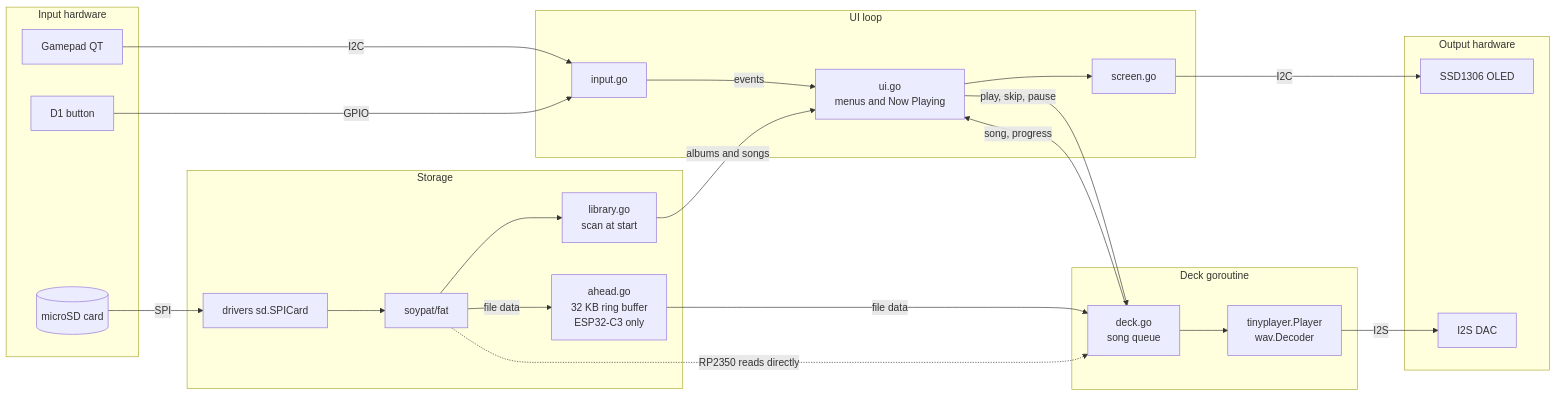
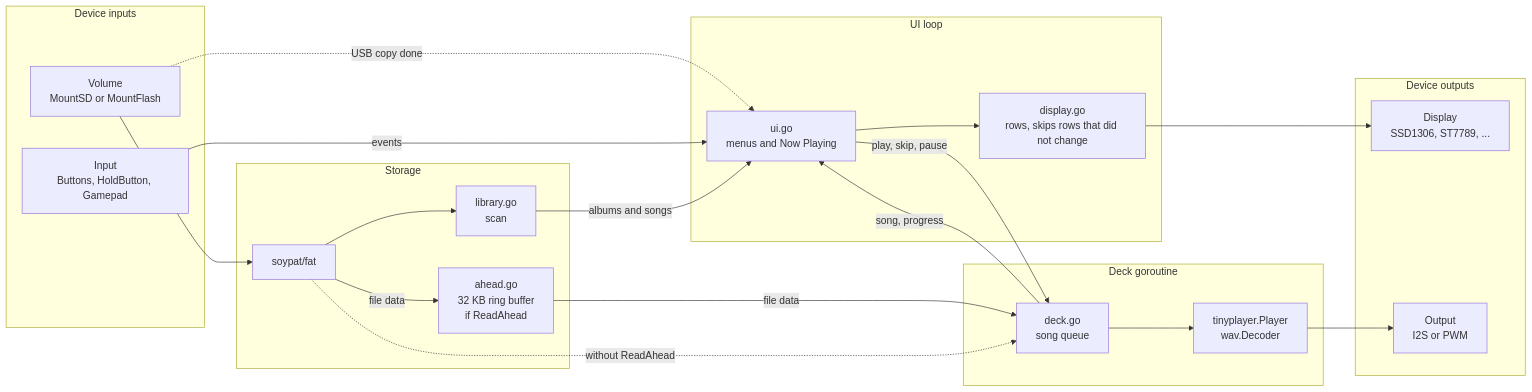
Before and after one commit to hybridgroup/tinypod: the diagram in README.md, drawn with Mermaid. The commit also changed other lines of this file and 18 other files, not shown here.

First line of the commit message:
tinypod: support any display, SD or flash, and any buttons

````diff
--- a/README.md
+++ b/README.md
@@ -109,47 +199,43 @@
 ```mermaid
 flowchart LR
-    subgraph inputs [Input hardware]
-        SD[(microSD card)]
-        PAD[Gamepad QT]
-        BTN[D1 button]
+    subgraph devin [Device inputs]
+        VOL[Volume<br/>MountSD or MountFlash]
+        INP[Input<br/>Buttons, HoldButton, Gamepad]
     end
 
     subgraph storage [Storage]
-        SDDRV[drivers sd.SPICard]
         FAT[soypat/fat]
-        LIB[library.go<br/>scan at start]
-        AHEAD[ahead.go<br/>32 KB ring buffer<br/>ESP32-C3 only]
+        LIB[library.go<br/>scan]
+        AHEAD[ahead.go<br/>32 KB ring buffer<br/>if ReadAhead]
     end
 
     subgraph ui [UI loop]
-        IN[input.go]
         UIL[ui.go<br/>menus and Now Playing]
-        SCR[screen.go]
+        SCR[display.go<br/>rows, skips rows that did not change]
     end
 
     subgraph play [Deck goroutine]
         DECK[deck.go<br/>song queue]
         PLAYER[tinyplayer.Player<br/>wav.Decoder]
     end
 
-    subgraph outputs [Output hardware]
-        OLED[SSD1306 OLED]
-        DAC[I2S DAC]
-    end
-
-    SD -- SPI --> SDDRV --> FAT
+    VOL --> FAT
     FAT --> LIB
     FAT -- file data --> AHEAD
     AHEAD -- file data --> DECK
-    FAT -. RP2350 reads directly .-> DECK
+    FAT -. without ReadAhead .-> DECK
+    VOL -. USB copy done .-> UIL
 
-    PAD -- I2C --> IN
-    BTN -- GPIO --> IN
-    IN -- events --> UIL
+    INP -- events --> UIL
     LIB -- albums and songs --> UIL
     UIL -- play, skip, pause --> DECK
     DECK -- song, progress --> UIL
 
-    UIL --> SCR -- I2C --> OLED
-    DECK --> PLAYER -- I2S --> DAC
+    subgraph devout [Device outputs]
+        DISP[Display<br/>SSD1306, ST7789, ...]
+        OUT[Output<br/>I2S or PWM]
+    end
+
+    UIL --> SCR --> DISP
+    DECK --> PLAYER --> OUT
 ```
````
